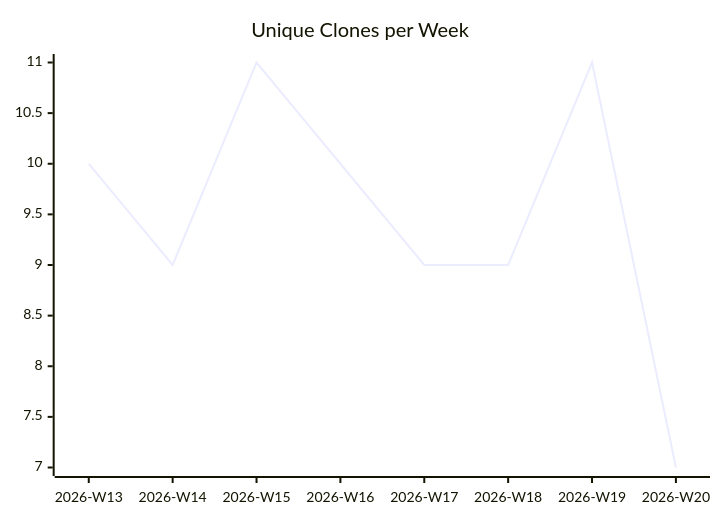
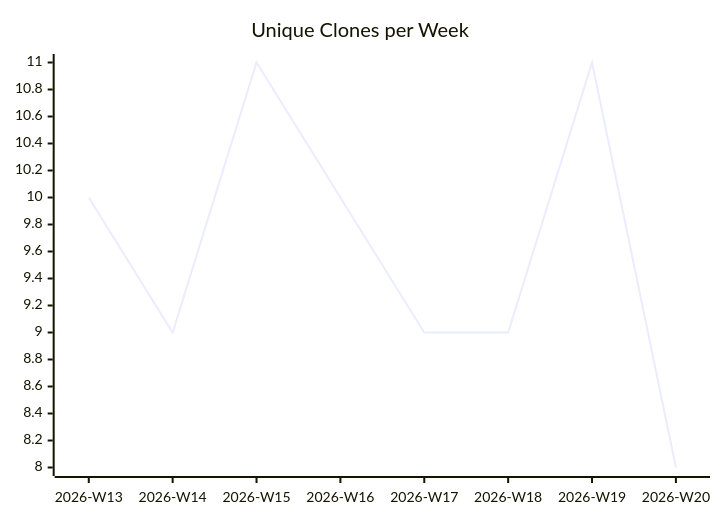
One commit to justdavis-family/github-analytics-data changed the third of 3 diagrams in karlmdavis/usgs-water-api-java/README.md. Above: the diagram before and after it, drawn with Mermaid. The commit also changed other lines of this file and 191 other files, not shown here.

````diff
--- a/karlmdavis/usgs-water-api-java/README.md
+++ b/karlmdavis/usgs-water-api-java/README.md
@@ -19,6 +19,6 @@
 ```mermaid
 xychart-beta
   title "Unique Clones per Week"
   x-axis ["2026-W13", "2026-W14", "2026-W15", "2026-W16", "2026-W17", "2026-W18", "2026-W19", "2026-W20"]
-  line [10, 9, 11, 10, 9, 9, 11, 7]
+  line [10, 9, 11, 10, 9, 9, 11, 8]
 ```
````
